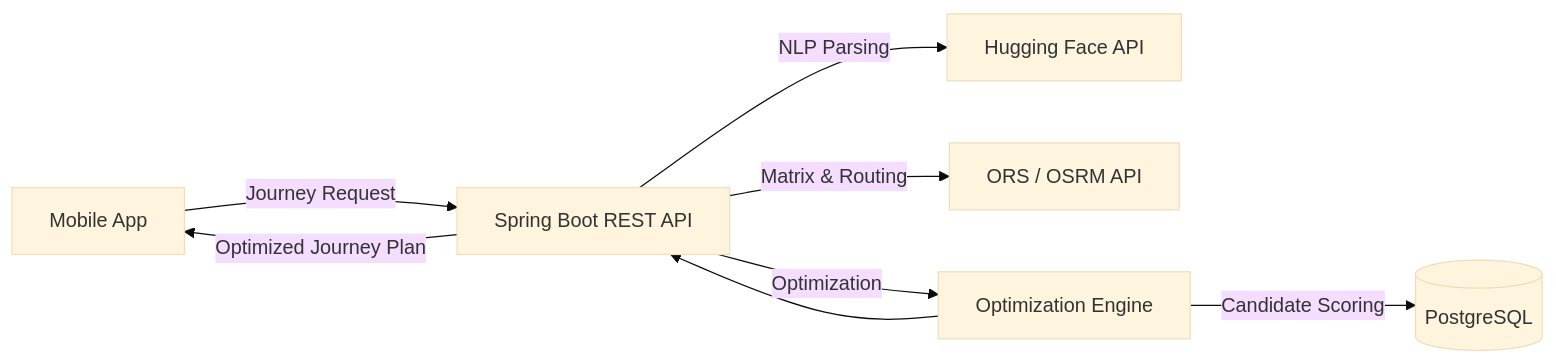
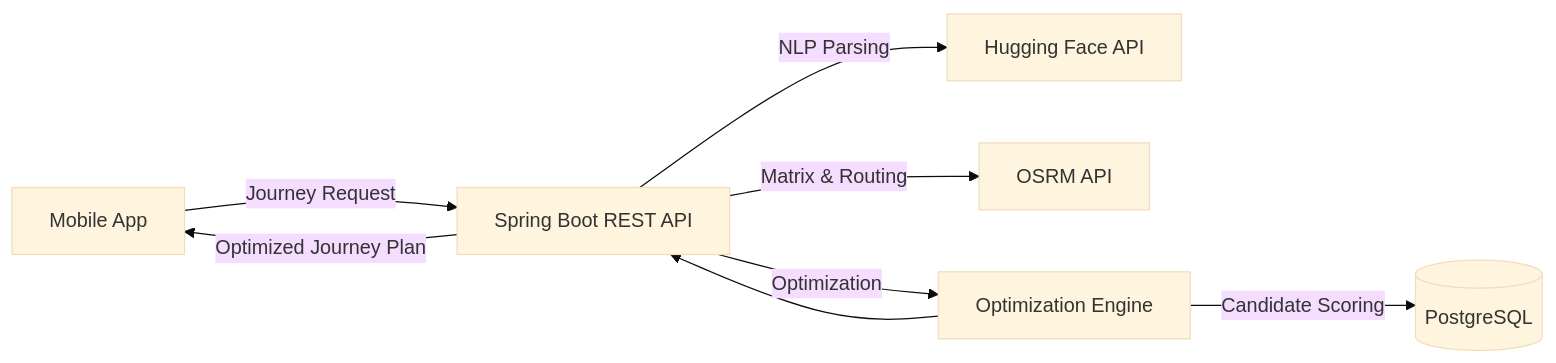
One commit to burakcnaksy0/SmartRoute changed the first of 2 diagrams in README.md. Above: the diagram before and after it, drawn with Mermaid (base theme). The commit also changed other lines of this file and 29 other files, not shown here.

````diff
--- a/README.md
+++ b/README.md
@@ -29,10 +29,10 @@
 ```mermaid
 flowchart LR
     Client[Mobile App] -->|Journey Request| API[Spring Boot REST API]
     API -->|NLP Parsing| LLM[Hugging Face API]
-    API -->|Matrix & Routing| Routing[ORS / OSRM API]
+    API -->|Matrix & Routing| Routing[OSRM API]
     API -->|Optimization| Engine[Optimization Engine]
     Engine -->|Candidate Scoring| DB[(PostgreSQL)]
     Engine --> API
     API -->|Optimized Journey Plan| Client
 ```
````
